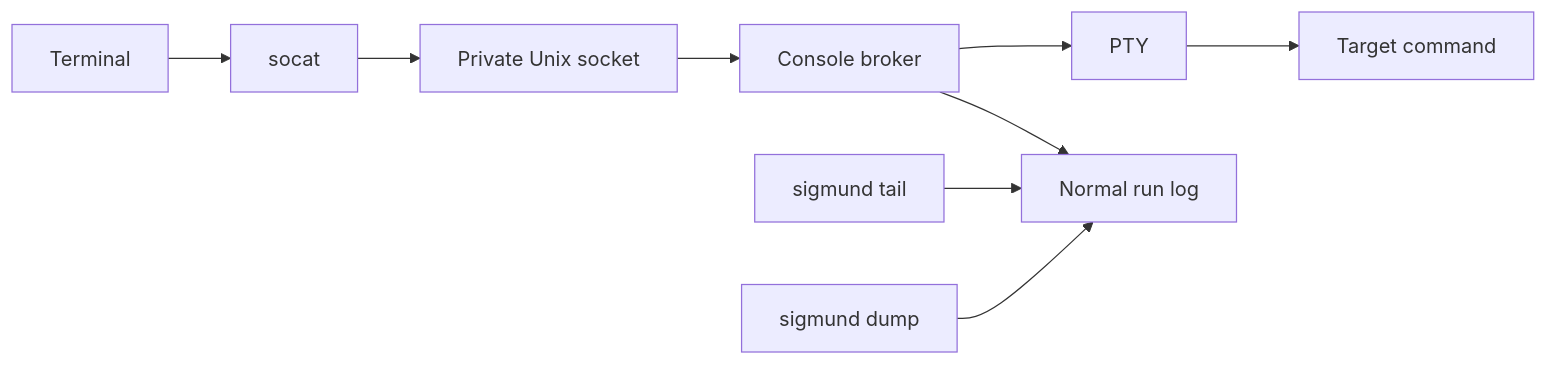
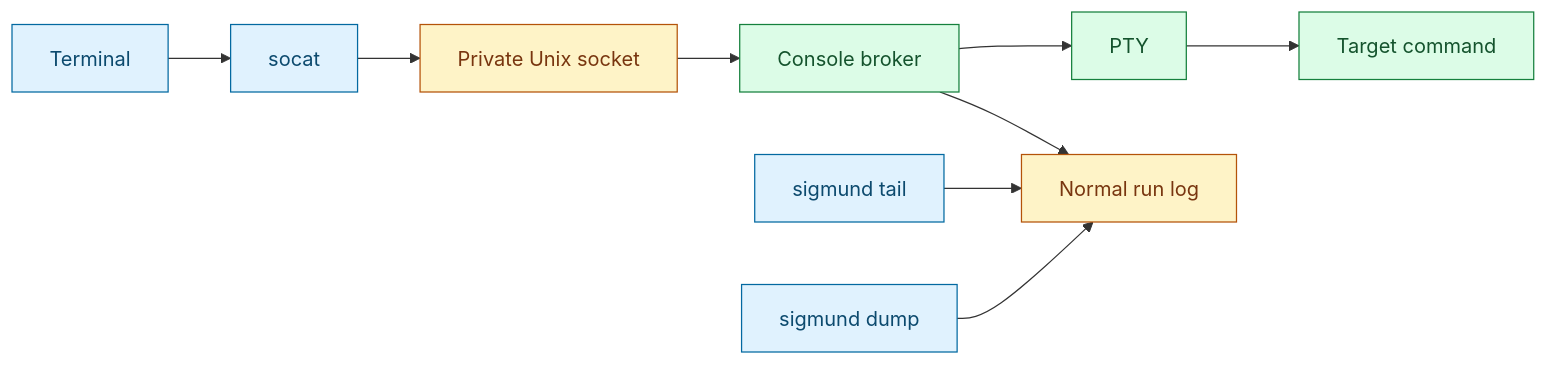
The second of 2 diagrams in docs/console.md (RchGrav/onhold), drawn with Mermaid before and after one commit. The commit also changed other lines of this file and 13 other files, not shown here.

````diff
--- a/docs/console.md
+++ b/docs/console.md
@@ -38,11 +49,19 @@
 ```mermaid
 flowchart LR
     User["Terminal"] --> Socat["socat"]
     Socat --> Sock["Private Unix socket"]
     Sock --> Broker["Console broker"]
     Broker --> Pty["PTY"]
     Pty --> Child["Target command"]
     Broker --> Log["Normal run log"]
     Tail["sigmund tail"] --> Log
     Dump["sigmund dump"] --> Log
+
+    classDef user fill:#e0f2fe,stroke:#0369a1,color:#0c4a6e
+    classDef console fill:#dcfce7,stroke:#15803d,color:#14532d
+    classDef state fill:#fef3c7,stroke:#b45309,color:#78350f
+    classDef script fill:#ccfbf1,stroke:#0f766e,color:#134e4a
+    class User,Socat,Tail,Dump user
+    class Broker,Pty,Child console
+    class Sock,Log state
 ```
````
